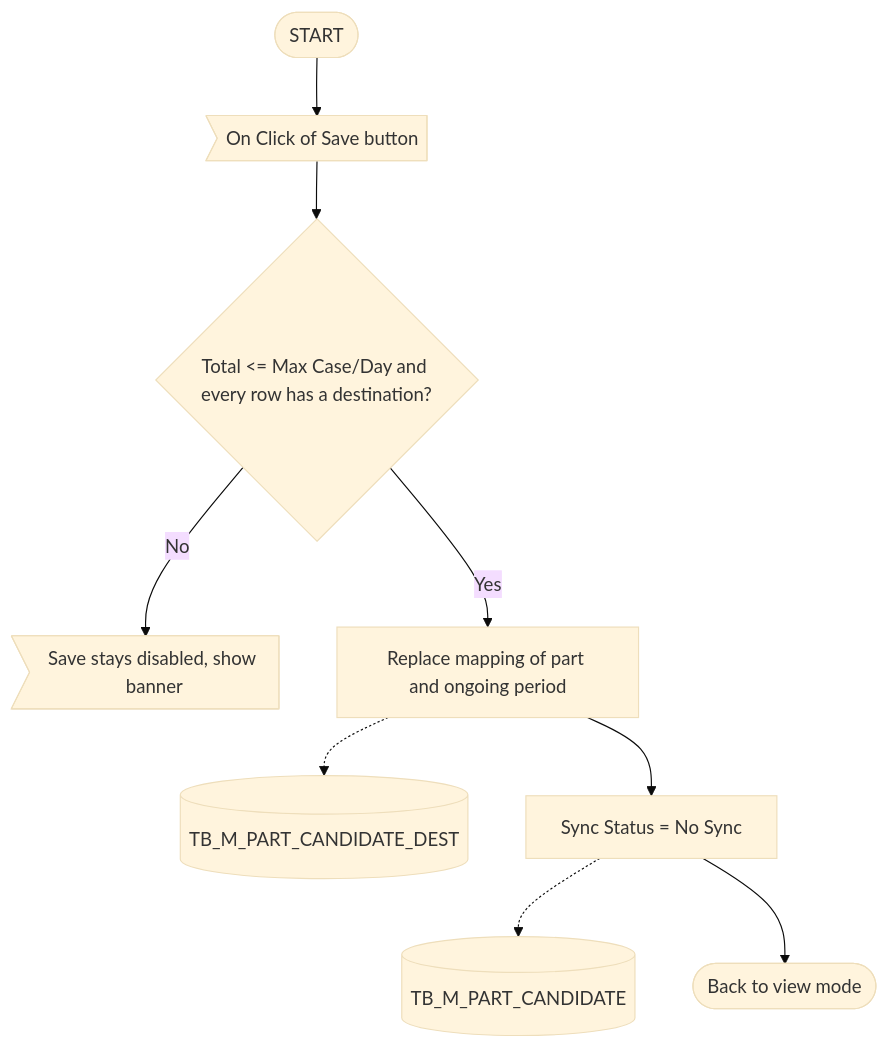
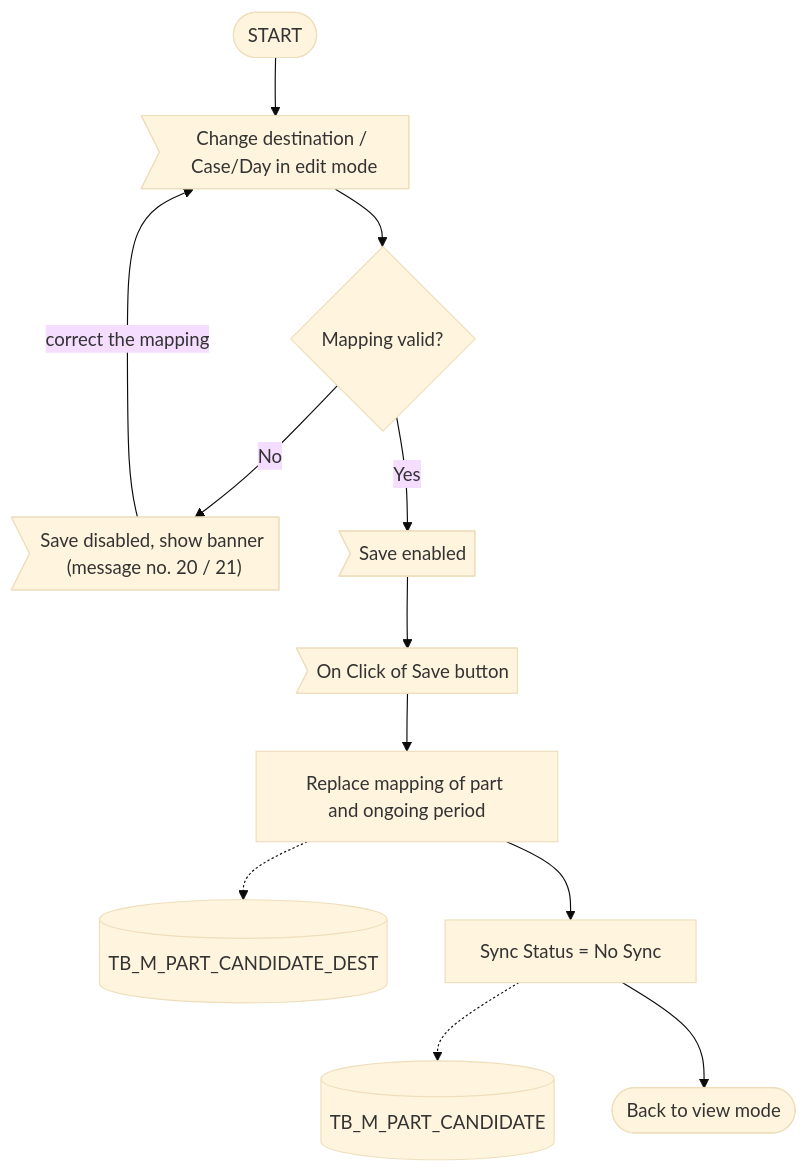
One commit to ivanrayhannn/crossdockpoc changed the fifth of 5 diagrams in prepare_code/uiss/XD01_Screen_CrossDockPartMaster.md. Above: the diagram before and after it, drawn with Mermaid (base theme). The commit also changed other lines of this file and 3 other files, not shown here.

First line of the commit message:
UISS XD01: Save (Edit mapping) flow checks the mapping while editing (FB-062, FB-063)

````diff
--- a/prepare_code/uiss/XD01_Screen_CrossDockPartMaster.md
+++ b/prepare_code/uiss/XD01_Screen_CrossDockPartMaster.md
@@ -217,20 +217,25 @@
 ```mermaid
 flowchart TB
   s(["START"])
-  e>"On Click of Save button"]
-  d1{"Total <= Max Case/Day and every row has a destination?"}
-  m1>"Save stays disabled, show banner"]
+  e1>"Change destination / Case/Day in edit mode"]
+  d1{"Mapping valid?"}
+  m1>"Save disabled, show banner (message no. 20 / 21)"]
+  m2>"Save enabled"]
+  e2>"On Click of Save button"]
   p1["Replace mapping of part and ongoing period"]
   db[("TB_M_PART_CANDIDATE_DEST")]
   p2["Sync Status = No Sync"]
   db2[("TB_M_PART_CANDIDATE")]
   x(["Back to view mode"])
-  s --> e
-  e --> d1
+  s --> e1
+  e1 --> d1
   d1 -->|No| m1
-  d1 -->|Yes| p1
+  m1 -->|correct the mapping| e1
+  d1 -->|Yes| m2
+  m2 --> e2
+  e2 --> p1
   p1 -.-> db
   p1 --> p2
   p2 -.-> db2
   p2 --> x
 ```
````
